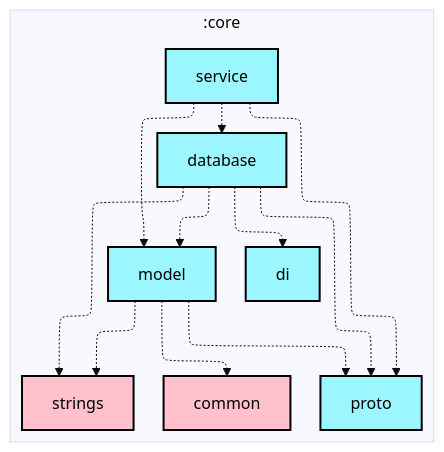
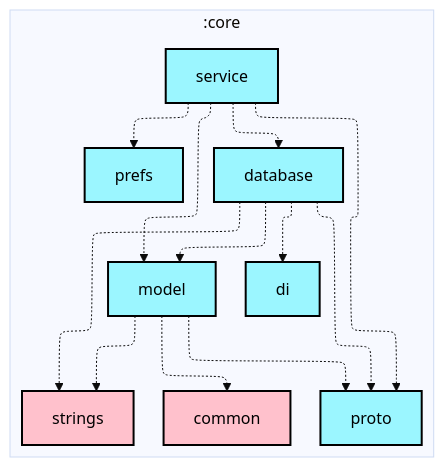
Before and after one commit to meshtastic/Meshtastic-Android: the first of 2 diagrams in core/service/README.md, drawn with Mermaid (base theme). The commit also changed 46 other files, not shown here.

First line of the commit message:
chore: Scheduled updates (Firmware, Hardware, Translations, Graphs)

````diff
--- a/core/service/README.md
+++ b/core/service/README.md
@@ -6,40 +6,42 @@
 ```mermaid
 ---
 config:
   layout: elk
   elk:
     nodePlacementStrategy: SIMPLE
 ---
 graph TB
   subgraph :core
     direction TB
     :core:common[common]:::kmp-library
     :core:database[database]:::android-library
     :core:di[di]:::android-library
     :core:model[model]:::android-library
+    :core:prefs[prefs]:::android-library
     :core:proto[proto]:::android-library
     :core:service[service]:::android-library
     :core:strings[strings]:::kmp-library
   end
 
   :core:database -.-> :core:di
   :core:database -.-> :core:model
   :core:database -.-> :core:proto
   :core:database -.-> :core:strings
   :core:model -.-> :core:common
   :core:model -.-> :core:proto
   :core:model -.-> :core:strings
   :core:service -.-> :core:database
   :core:service -.-> :core:model
+  :core:service -.-> :core:prefs
   :core:service -.-> :core:proto
 
 classDef android-application fill:#CAFFBF,stroke:#000,stroke-width:2px,color:#000;
 classDef android-application-compose fill:#CAFFBF,stroke:#000,stroke-width:2px,color:#000;
 classDef android-feature fill:#FFD6A5,stroke:#000,stroke-width:2px,color:#000;
 classDef android-library fill:#9BF6FF,stroke:#000,stroke-width:2px,color:#000;
 classDef android-library-compose fill:#9BF6FF,stroke:#000,stroke-width:2px,color:#000;
 classDef android-test fill:#A0C4FF,stroke:#000,stroke-width:2px,color:#000;
 classDef jvm-library fill:#BDB2FF,stroke:#000,stroke-width:2px,color:#000;
 classDef kmp-library fill:#FFC1CC,stroke:#000,stroke-width:2px,color:#000;
 classDef unknown fill:#FFADAD,stroke:#000,stroke-width:2px,color:#000;
 ```
````
